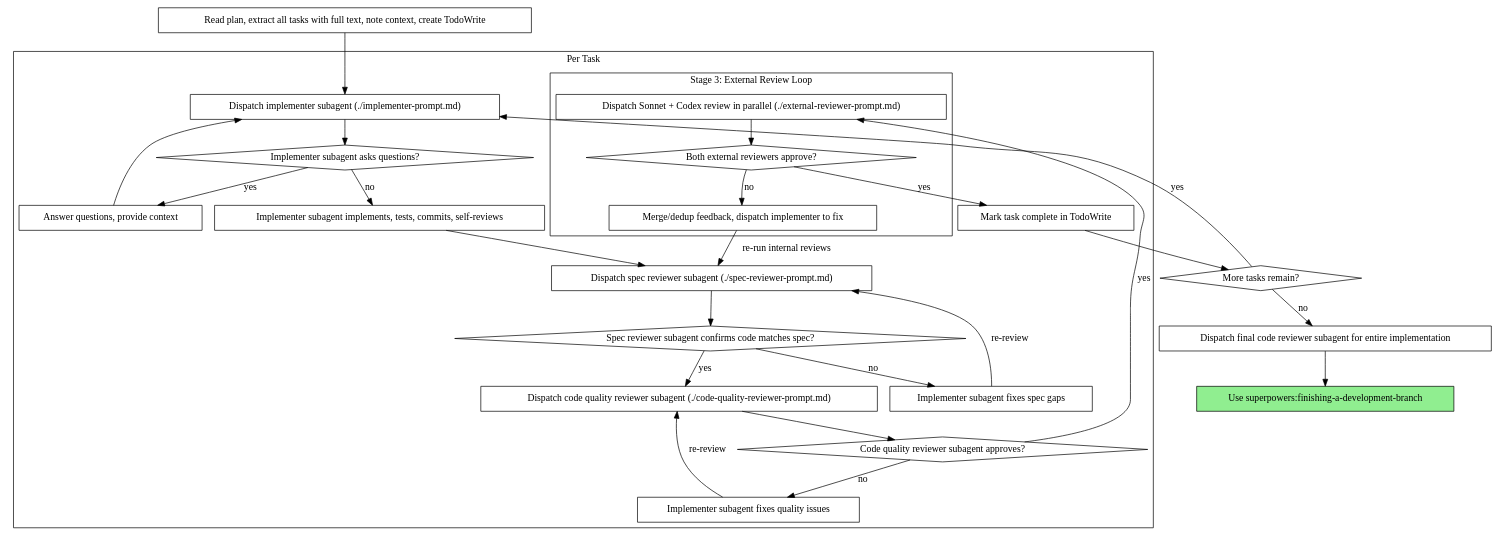
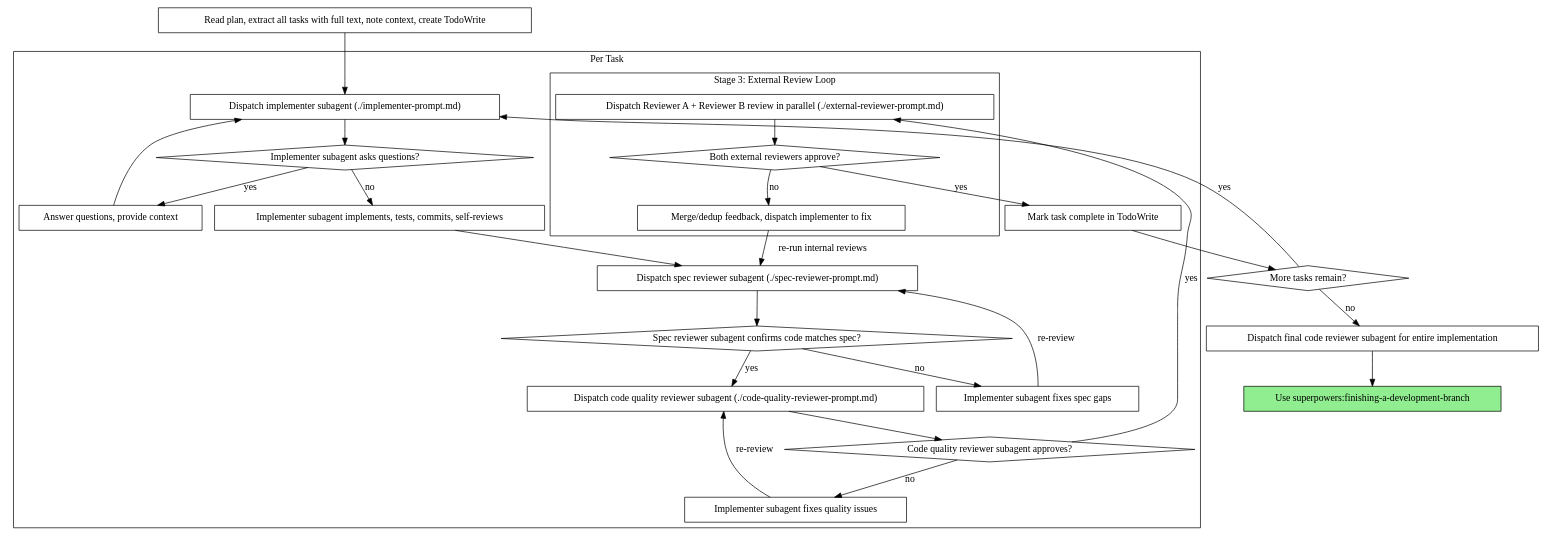
The second of 2 diagrams in skills/subagent-driven-development/SKILL.md (bmax121/superpowers), drawn with Graphviz before and after one commit. The commit also changed other lines of this file, not shown here.

Commit message:
fix: align terminology — use Reviewer A/B consistently, fix format template and timing

````diff
--- a/skills/subagent-driven-development/SKILL.md
+++ b/skills/subagent-driven-development/SKILL.md
@@ -42,56 +42,56 @@
 ```dot
 digraph process {
     rankdir=TB;
 
     subgraph cluster_per_task {
         label="Per Task";
         "Dispatch implementer subagent (./implementer-prompt.md)" [shape=box];
         "Implementer subagent asks questions?" [shape=diamond];
         "Answer questions, provide context" [shape=box];
         "Implementer subagent implements, tests, commits, self-reviews" [shape=box];
         "Dispatch spec reviewer subagent (./spec-reviewer-prompt.md)" [shape=box];
         "Spec reviewer subagent confirms code matches spec?" [shape=diamond];
         "Implementer subagent fixes spec gaps" [shape=box];
         "Dispatch code quality reviewer subagent (./code-quality-reviewer-prompt.md)" [shape=box];
         "Code quality reviewer subagent approves?" [shape=diamond];
         "Implementer subagent fixes quality issues" [shape=box];
 
         subgraph cluster_external {
             label="Stage 3: External Review Loop";
-            "Dispatch Sonnet + Codex review in parallel (./external-reviewer-prompt.md)" [shape=box];
+            "Dispatch Reviewer A + Reviewer B review in parallel (./external-reviewer-prompt.md)" [shape=box];
             "Both external reviewers approve?" [shape=diamond];
             "Merge/dedup feedback, dispatch implementer to fix" [shape=box];
         }
 
         "Mark task complete in TodoWrite" [shape=box];
     }
 
     "Read plan, extract all tasks with full text, note context, create TodoWrite" [shape=box];
     "More tasks remain?" [shape=diamond];
     "Dispatch final code reviewer subagent for entire implementation" [shape=box];
     "Use superpowers:finishing-a-development-branch" [shape=box style=filled fillcolor=lightgreen];
 
     "Read plan, extract all tasks with full text, note context, create TodoWrite" -> "Dispatch implementer subagent (./implementer-prompt.md)";
     "Dispatch implementer subagent (./implementer-prompt.md)" -> "Implementer subagent asks questions?";
     "Implementer subagent asks questions?" -> "Answer questions, provide context" [label="yes"];
     "Answer questions, provide context" -> "Dispatch implementer subagent (./implementer-prompt.md)";
     "Implementer subagent asks questions?" -> "Implementer subagent implements, tests, commits, self-reviews" [label="no"];
     "Implementer subagent implements, tests, commits, self-reviews" -> "Dispatch spec reviewer subagent (./spec-reviewer-prompt.md)";
     "Dispatch spec reviewer subagent (./spec-reviewer-prompt.md)" -> "Spec reviewer subagent confirms code matches spec?";
     "Spec reviewer subagent confirms code matches spec?" -> "Implementer subagent fixes spec gaps" [label="no"];
     "Implementer subagent fixes spec gaps" -> "Dispatch spec reviewer subagent (./spec-reviewer-prompt.md)" [label="re-review"];
     "Spec reviewer subagent confirms code matches spec?" -> "Dispatch code quality reviewer subagent (./code-quality-reviewer-prompt.md)" [label="yes"];
     "Dispatch code quality reviewer subagent (./code-quality-reviewer-prompt.md)" -> "Code quality reviewer subagent approves?";
     "Code quality reviewer subagent approves?" -> "Implementer subagent fixes quality issues" [label="no"];
     "Implementer subagent fixes quality issues" -> "Dispatch code quality reviewer subagent (./code-quality-reviewer-prompt.md)" [label="re-review"];
-    "Code quality reviewer subagent approves?" -> "Dispatch Sonnet + Codex review in parallel (./external-reviewer-prompt.md)" [label="yes"];
-    "Dispatch Sonnet + Codex review in parallel (./external-reviewer-prompt.md)" -> "Both external reviewers approve?";
+    "Code quality reviewer subagent approves?" -> "Dispatch Reviewer A + Reviewer B review in parallel (./external-reviewer-prompt.md)" [label="yes"];
+    "Dispatch Reviewer A + Reviewer B review in parallel (./external-reviewer-prompt.md)" -> "Both external reviewers approve?";
     "Both external reviewers approve?" -> "Merge/dedup feedback, dispatch implementer to fix" [label="no"];
     "Merge/dedup feedback, dispatch implementer to fix" -> "Dispatch spec reviewer subagent (./spec-reviewer-prompt.md)" [label="re-run internal reviews"];
     "Both external reviewers approve?" -> "Mark task complete in TodoWrite" [label="yes"];
     "Mark task complete in TodoWrite" -> "More tasks remain?";
     "More tasks remain?" -> "Dispatch implementer subagent (./implementer-prompt.md)" [label="yes"];
     "More tasks remain?" -> "Dispatch final code reviewer subagent for entire implementation" [label="no"];
     "Dispatch final code reviewer subagent for entire implementation" -> "Use superpowers:finishing-a-development-branch";
 }
 ```
````
